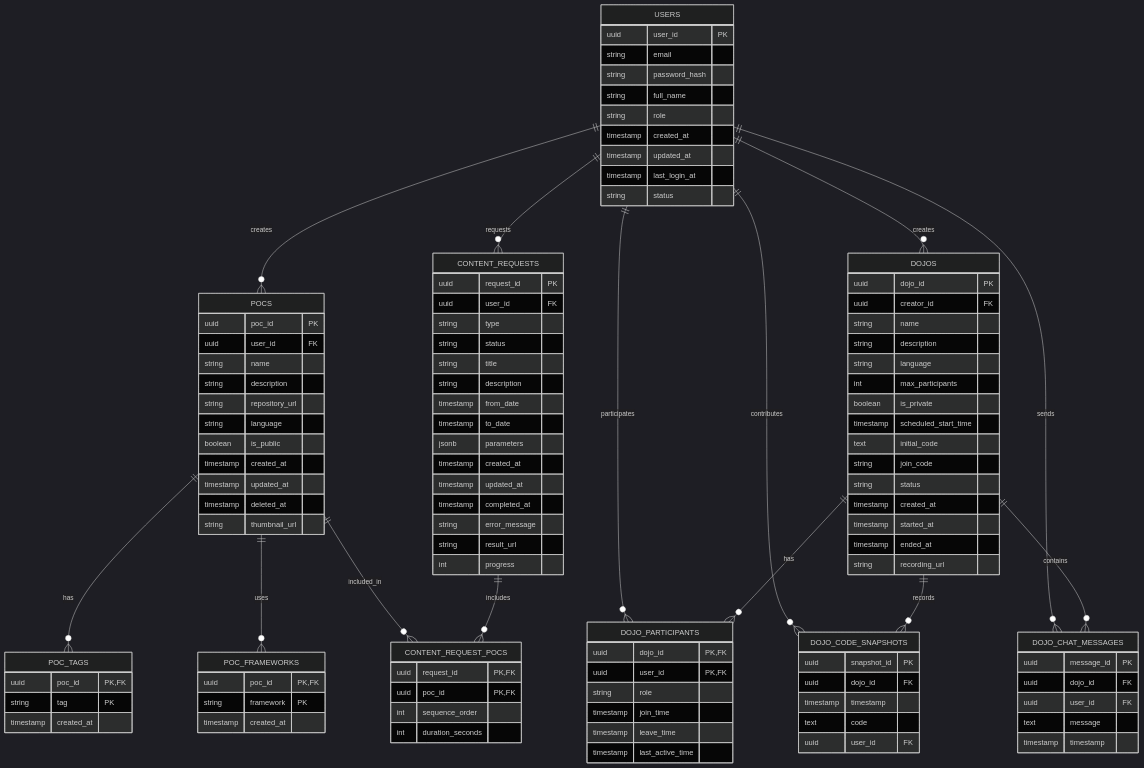
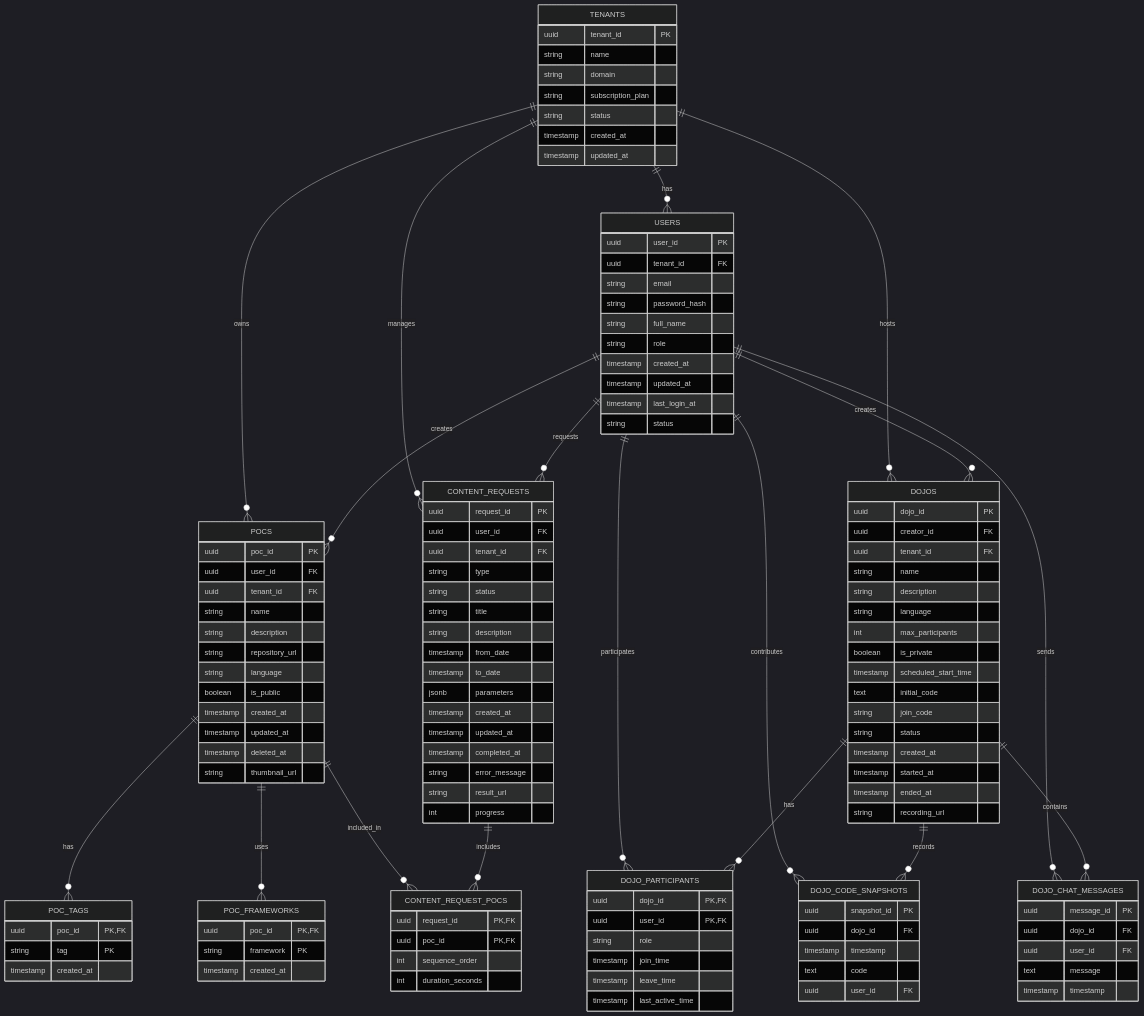
Before and after one commit to LucasKonrath/arch-kata-mr-bill: the diagram in arch-doc.md, drawn with Mermaid (dark theme). The commit also changed other lines of this file, not shown here.

Commit message:
Add multi-tenancy support to database schema and queries

````diff
--- a/arch-doc.md
+++ b/arch-doc.md
@@ -887,7 +887,18 @@
 ```mermaid
 erDiagram
+    TENANTS {
+        uuid tenant_id PK
+        string name
+        string domain
+        string subscription_plan
+        string status
+        timestamp created_at
+        timestamp updated_at
+    }
+
     USERS {
         uuid user_id PK
+        uuid tenant_id FK
         string email
         string password_hash
         string full_name
@@ -901,6 +912,7 @@
     POCS {
         uuid poc_id PK
         uuid user_id FK
+        uuid tenant_id FK
         string name
         string description
         string repository_url
@@ -927,6 +939,7 @@
     CONTENT_REQUESTS {
         uuid request_id PK
         uuid user_id FK
+        uuid tenant_id FK
         string type
         string status
         string title
@@ -952,6 +965,7 @@
     DOJOS {
         uuid dojo_id PK
         uuid creator_id FK
+        uuid tenant_id FK
         string name
         string description
         string language
@@ -992,6 +1006,11 @@
         timestamp timestamp
     }
     
+    TENANTS ||--o{ USERS : has
+    TENANTS ||--o{ POCS : owns
+    TENANTS ||--o{ CONTENT_REQUESTS : manages
+    TENANTS ||--o{ DOJOS : hosts
+    
     USERS ||--o{ POCS : creates
     USERS ||--o{ CONTENT_REQUESTS : requests
     USERS ||--o{ DOJOS : creates
````
